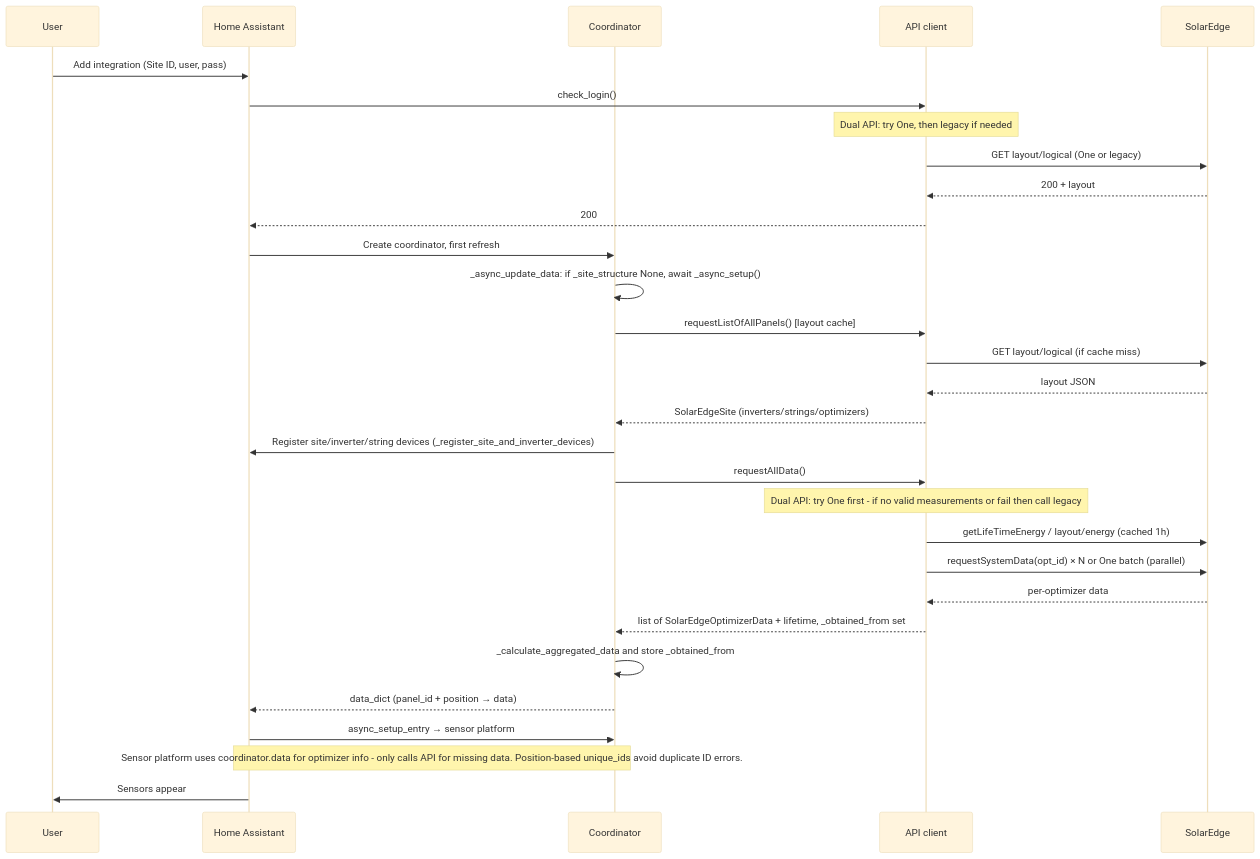
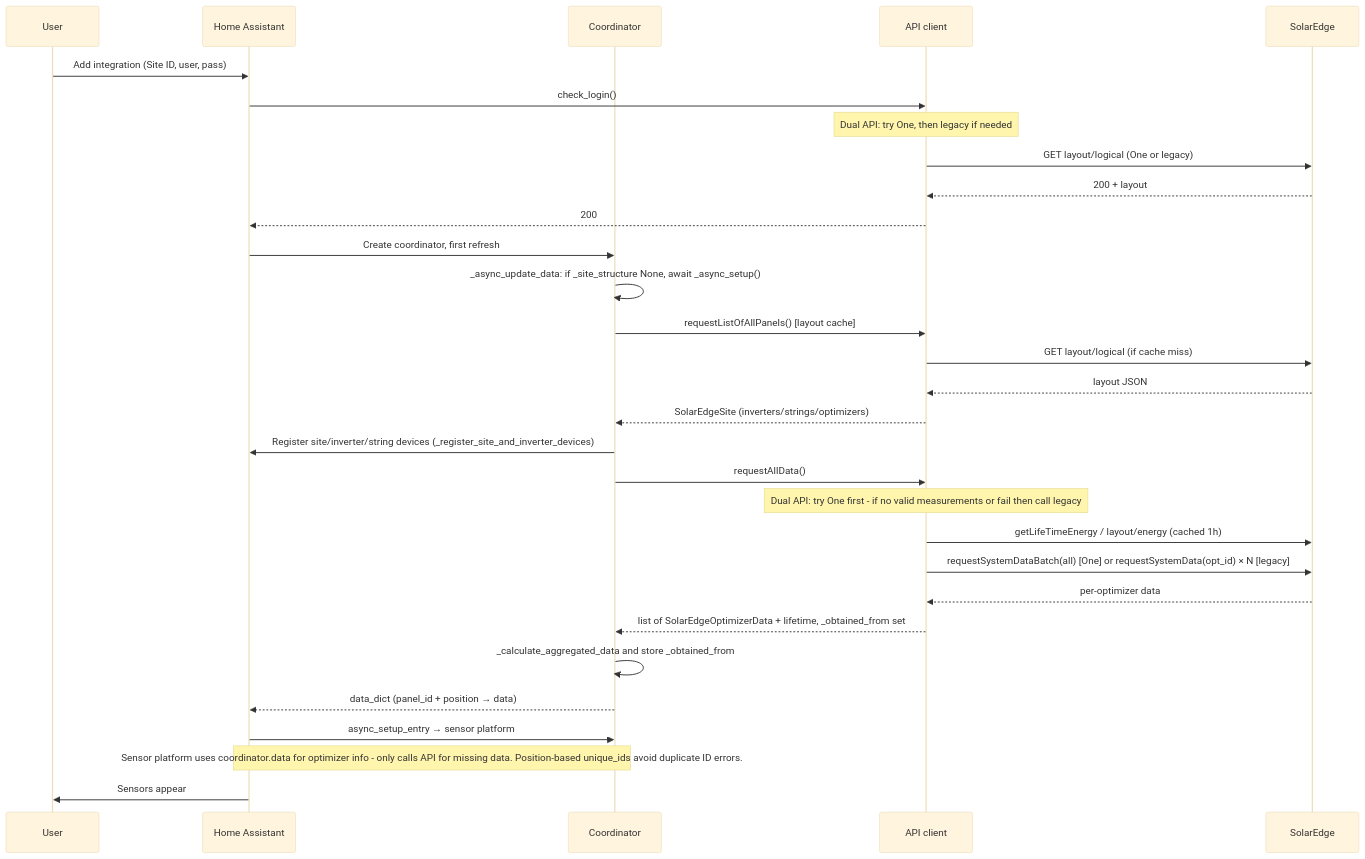
One commit to AndrewTapp/solaredgeoptimizers changed the third of 4 diagrams in custom_components/solaredgeoptimizers/docs/Wiki-Home.md. Above: the diagram before and after it, drawn with Mermaid (base theme). The commit also changed other lines of this file, not shown here.

````diff
--- a/custom_components/solaredgeoptimizers/docs/Wiki-Home.md
+++ b/custom_components/solaredgeoptimizers/docs/Wiki-Home.md
@@ -178,33 +178,33 @@
 ```mermaid
 sequenceDiagram
     participant U as User
     participant HA as Home Assistant
     participant C as Coordinator
     participant API as API client
     participant SE as SolarEdge
 
     U->>HA: Add integration (Site ID, user, pass)
     HA->>API: check_login()
     Note over API: Dual API: try One, then legacy if needed
     API->>SE: GET layout/logical (One or legacy)
     SE-->>API: 200 + layout
     API-->>HA: 200
     HA->>C: Create coordinator, first refresh
     C->>C: _async_update_data: if _site_structure None, await _async_setup()
     C->>API: requestListOfAllPanels() [layout cache]
     API->>SE: GET layout/logical (if cache miss)
     SE-->>API: layout JSON
     API-->>C: SolarEdgeSite (inverters/strings/optimizers)
     C->>HA: Register site/inverter/string devices (_register_site_and_inverter_devices)
     C->>API: requestAllData()
     Note over API: Dual API: try One first - if no valid measurements or fail then call legacy
     API->>SE: getLifeTimeEnergy / layout/energy (cached 1h)
-    API->>SE: requestSystemData(opt_id) × N or One batch (parallel)
+    API->>SE: requestSystemDataBatch(all) [One] or requestSystemData(opt_id) × N [legacy]
     SE-->>API: per-optimizer data
     API-->>C: list of SolarEdgeOptimizerData + lifetime, _obtained_from set
     C->>C: _calculate_aggregated_data and store _obtained_from
     C-->>HA: data_dict (panel_id + position → data)
     HA->>C: async_setup_entry → sensor platform
     Note over HA,C: Sensor platform uses coordinator.data for optimizer info - only calls API for missing data. Position-based unique_ids avoid duplicate ID errors.
     HA->>U: Sensors appear
 ```
````
